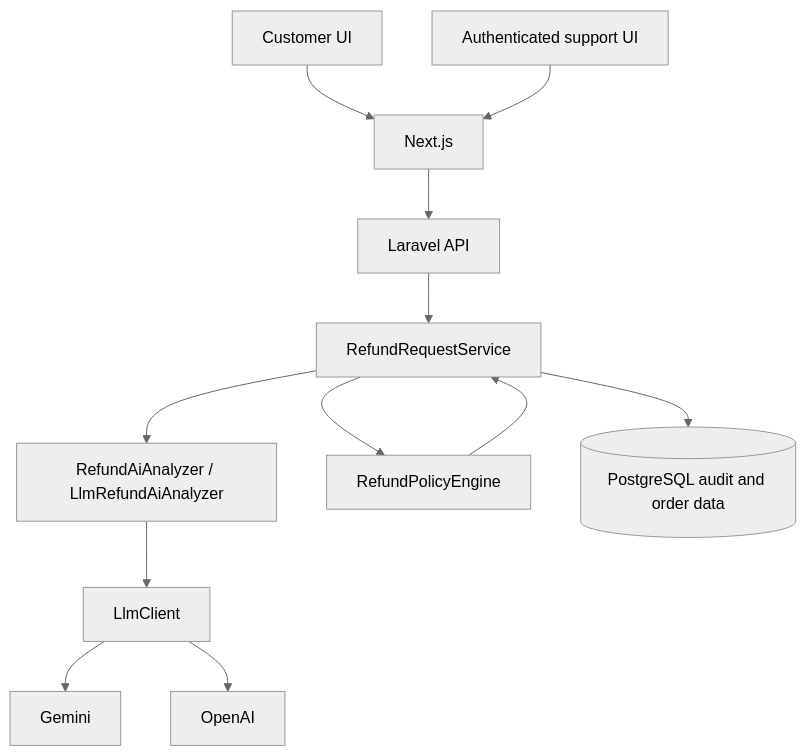
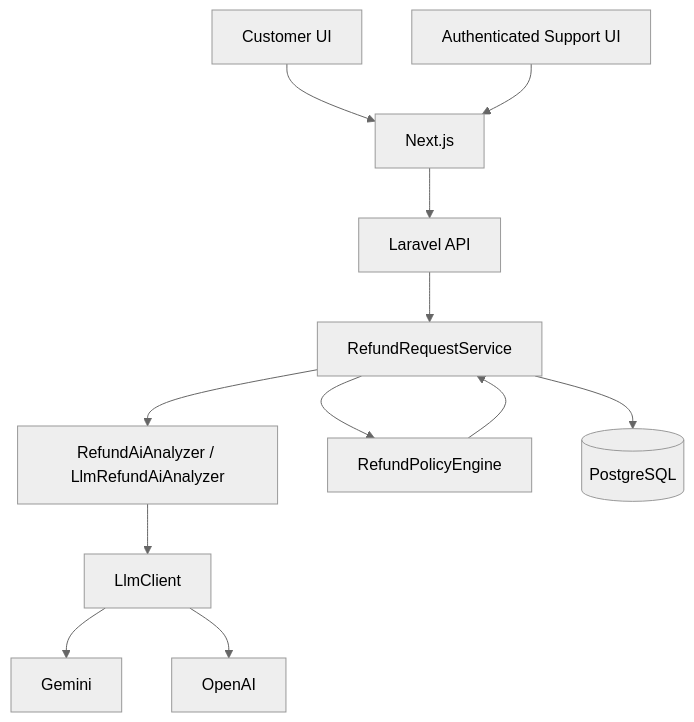
The diagram in README.md (josiahking/ai_powered_customer_support_refund_system), drawn with Mermaid (neutral theme) before and after one commit. The commit also changed other lines of this file, not shown here.

````diff
--- a/README.md
+++ b/README.md
@@ -25,14 +38,14 @@
 ```mermaid
 flowchart TD
     C[Customer UI] --> N[Next.js]
-    S[Authenticated support UI] --> N
+    S[Authenticated Support UI] --> N
     N --> API[Laravel API]
     API --> R[RefundRequestService]
     R --> A[RefundAiAnalyzer / LlmRefundAiAnalyzer]
     A --> L[LlmClient]
     L --> G[Gemini]
     L --> O[OpenAI]
     R --> P[RefundPolicyEngine]
-    R --> DB[(PostgreSQL audit and order data)]
+    R --> DB[(PostgreSQL)]
     P --> R
 ```
````
